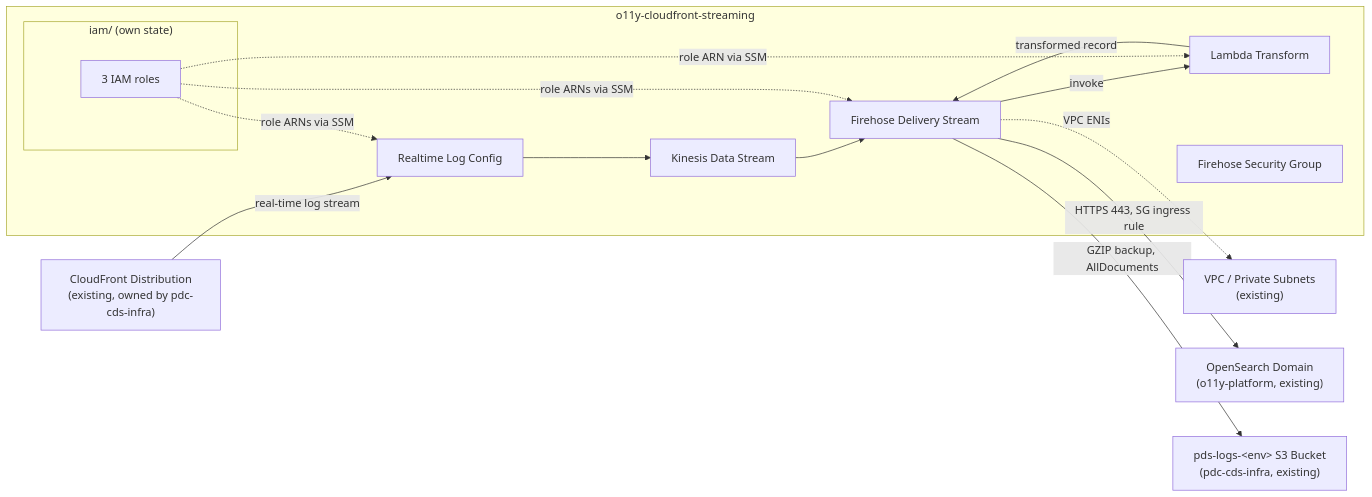
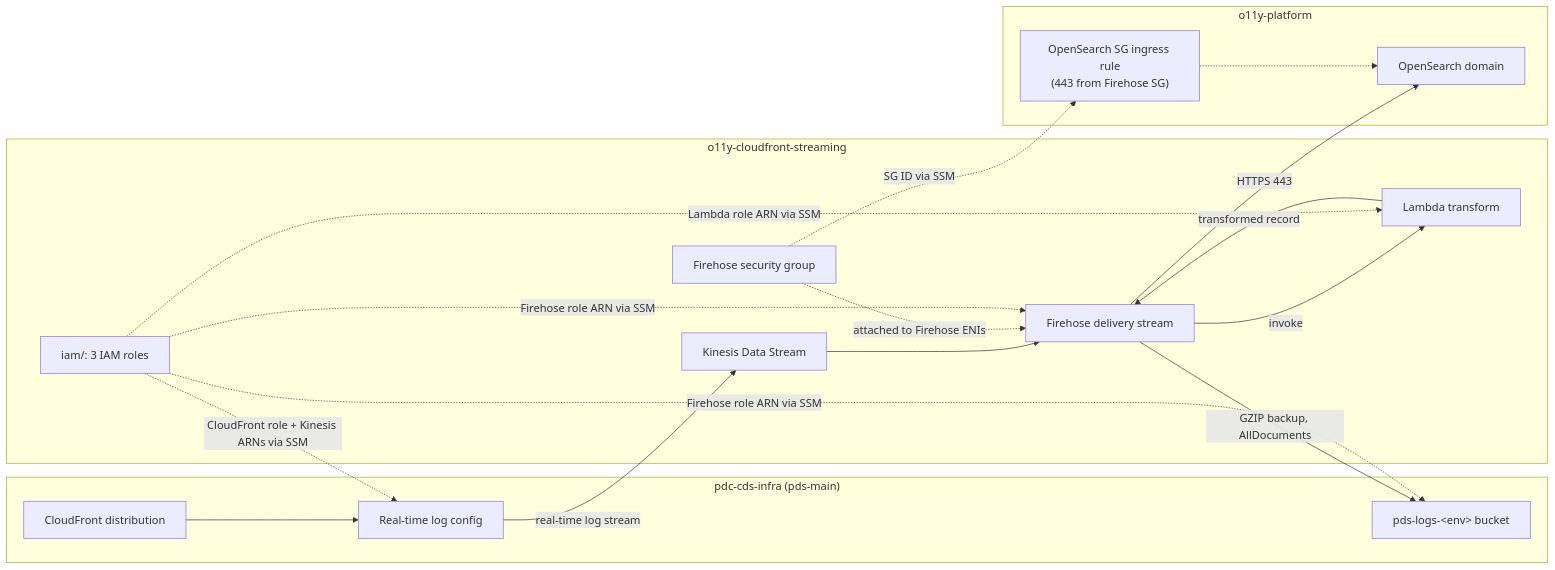
Before and after one commit to NASA-PDS/o11y-cloudfront-streaming: the diagram in README.md, drawn with Mermaid. The commit also changed other lines of this file and 5 other files, not shown here.

First line of the commit message:
Scrub streaming docs: dedupe with runbook, fix diagrams and stale statements

````diff
--- a/README.md
+++ b/README.md
@@ -28,32 +18,36 @@
 ```mermaid
 flowchart LR
-    CF["CloudFront Distribution\n(existing, owned by pdc-cds-infra)"]
+    subgraph pdc["pdc-cds-infra (pds-main)"]
+        CF["CloudFront distribution"]
+        RLC["Real-time log config"]
+        S3["pds-logs-&lt;env&gt; bucket"]
+    end
 
     subgraph repo["o11y-cloudfront-streaming"]
-        RLC["Realtime Log Config"]
+        IAMR["iam/: 3 IAM roles"]
         KIN["Kinesis Data Stream"]
-        FH["Firehose Delivery Stream"]
-        LAM["Lambda Transform"]
-        FHSG["Firehose Security Group"]
-
-        subgraph iam["iam/ (own state)"]
-            IAMR["3 IAM roles"]
-        end
+        FH["Firehose delivery stream"]
+        LAM["Lambda transform"]
+        FHSG["Firehose security group"]
     end
 
-    VPC["VPC / Private Subnets\n(existing)"]
-    OS["OpenSearch Domain\n(o11y-platform, existing)"]
-    S3["pds-logs-&lt;env&gt; S3 Bucket\n(pdc-cds-infra, existing)"]
+    subgraph plat["o11y-platform"]
+        OS["OpenSearch domain"]
+        OSSG["OpenSearch SG ingress rule\n(443 from Firehose SG)"]
+    end
 
-    CF -->|"real-time log stream"| RLC
-    RLC --> KIN
+    CF --> RLC
+    RLC -->|"real-time log stream"| KIN
     KIN --> FH
     FH -->|"invoke"| LAM
     LAM -->|"transformed record"| FH
-    FH -->|"HTTPS 443, SG ingress rule"| OS
+    FH -->|"HTTPS 443"| OS
     FH -->|"GZIP backup, AllDocuments"| S3
-    FH -.->|"VPC ENIs"| VPC
-    IAMR -.->|"role ARNs via SSM"| RLC
-    IAMR -.->|"role ARNs via SSM"| FH
-    IAMR -.->|"role ARN via SSM"| LAM
+    FHSG -.->|"attached to Firehose ENIs"| FH
+    FHSG -.->|"SG ID via SSM"| OSSG
+    OSSG -.-> OS
+    IAMR -.->|"CloudFront role + Kinesis ARNs via SSM"| RLC
+    IAMR -.->|"Firehose role ARN via SSM"| FH
+    IAMR -.->|"Firehose role ARN via SSM"| S3
+    IAMR -.->|"Lambda role ARN via SSM"| LAM
 ```
````
